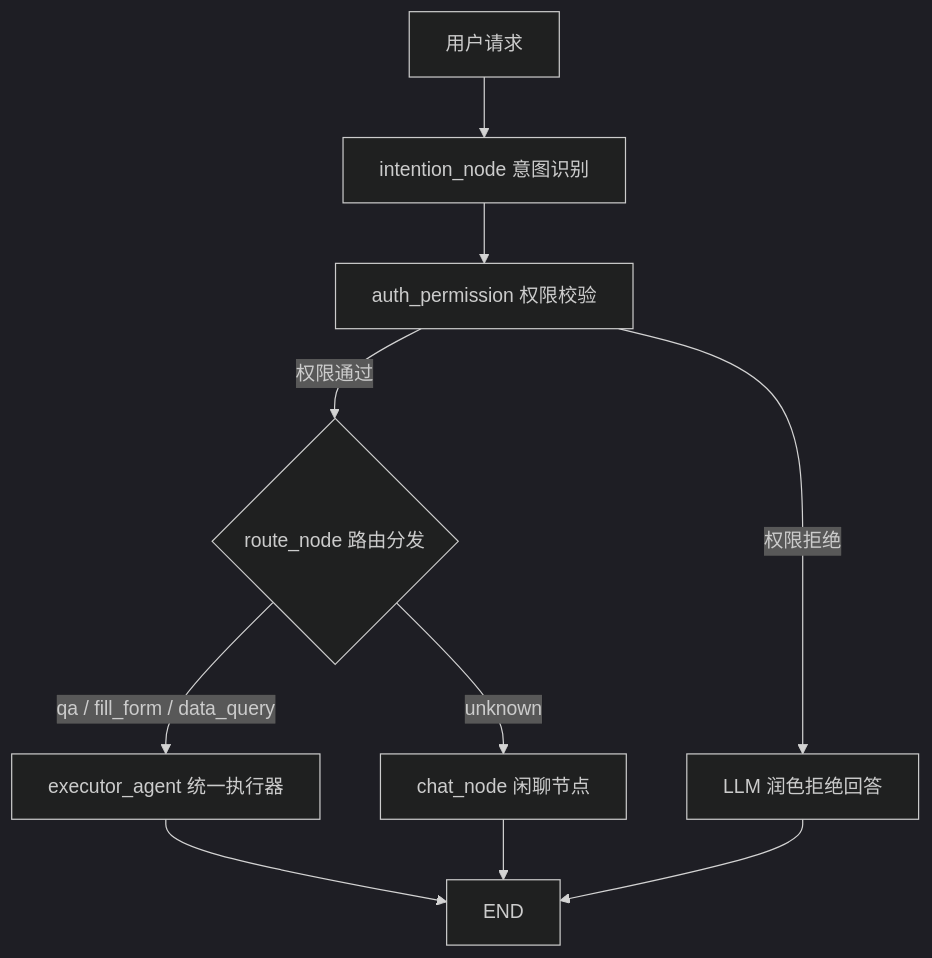
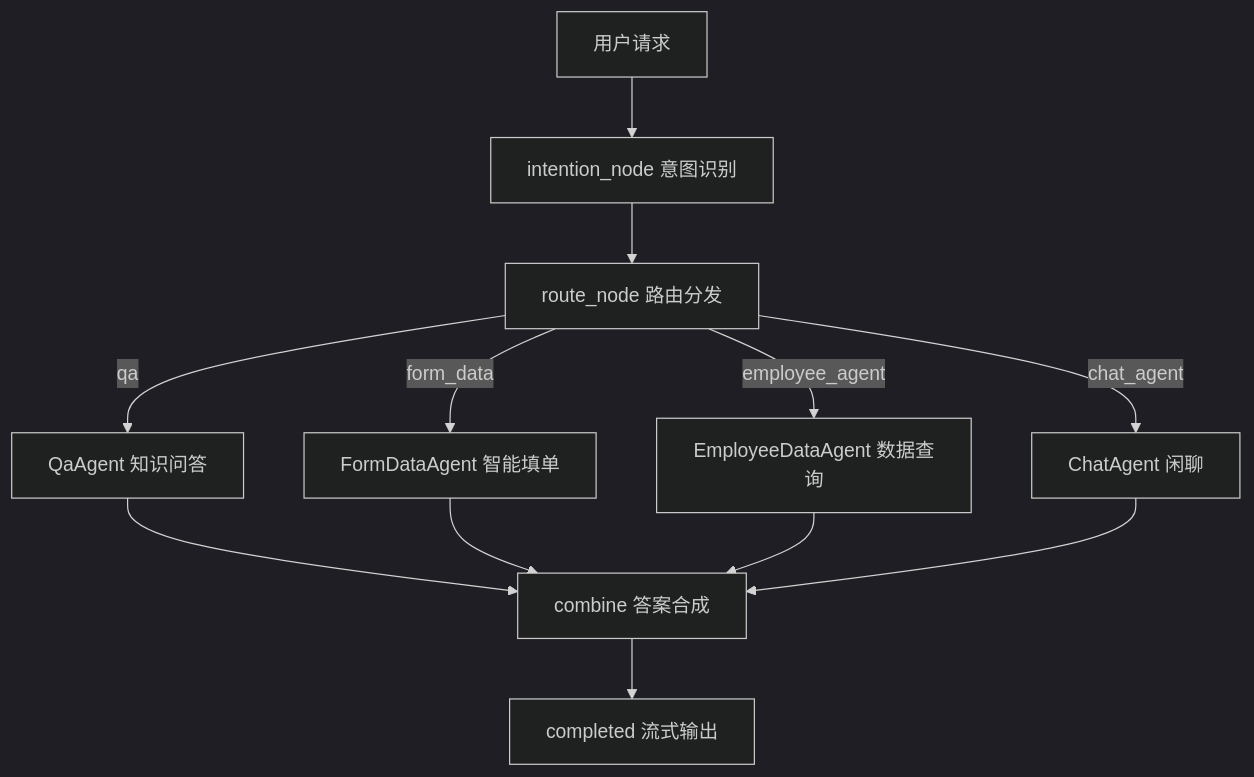
One commit to MRmrwei/Enterprise-Smart-Assistant-Project changed the diagram in enterprise_emart_assistant/README.md. Above: the diagram before and after it, drawn with Mermaid (dark theme). The commit also changed other lines of this file and 4 other files, not shown here.

First line of the commit message:
``` feat: 添加前端Vue 3视图层并重构项目架构

````diff
--- a/enterprise_emart_assistant/README.md
+++ b/enterprise_emart_assistant/README.md
@@ -57,14 +64,17 @@
 ```mermaid
 graph TD
     A[用户请求] --> B[intention_node 意图识别]
-    B --> C[auth_permission 权限校验]
-    C -->|权限通过| D{route_node 路由分发}
-    C -->|权限拒绝| Z[LLM 润色拒绝回答]
-    
-    D -->|qa / fill_form / data_query| E[executor_agent 统一执行器]
-    D -->|unknown| F[chat_node 闲聊节点]
-    
-    E --> G[END]
-    F --> G
-    Z --> G
+    B --> C[route_node 路由分发]
+
+    C -->|qa| D[QaAgent 知识问答]
+    C -->|form_data| E[FormDataAgent 智能填单]
+    C -->|employee_agent| F[EmployeeDataAgent 数据查询]
+    C -->|chat_agent| G[ChatAgent 闲聊]
+
+    D --> H[combine 答案合成]
+    E --> H
+    F --> H
+    G --> H
+
+    H --> I[completed 流式输出]
 ```
````
